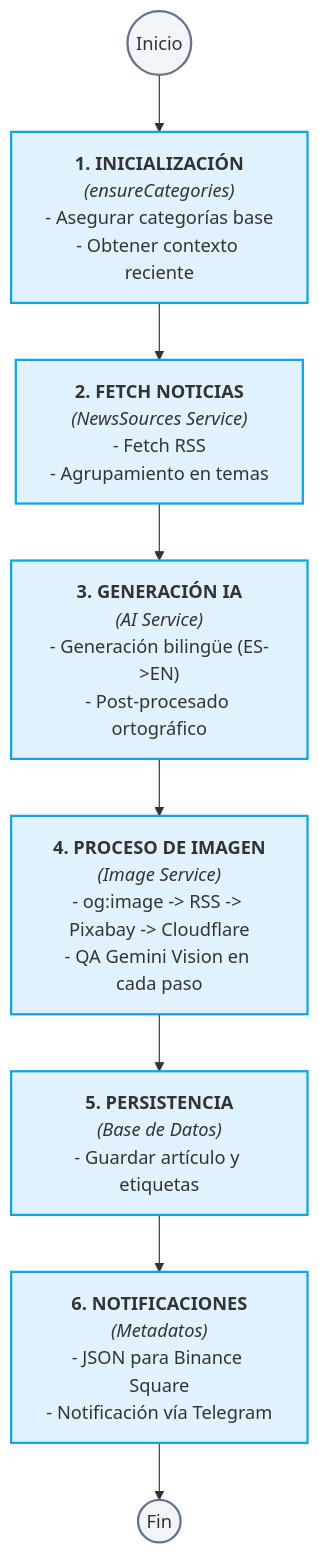
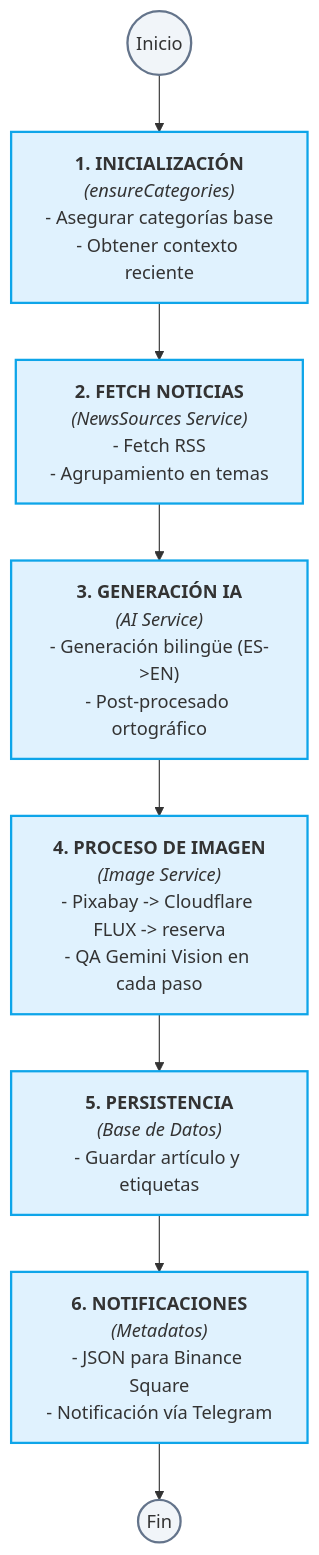
Before and after one commit to CarlosEmerito/EmeDotEme: the first of 2 diagrams in docs/04 - Flujos de Trabajo.md, drawn with Mermaid. The commit also changed other lines of this file and 31 other files, not shown here.

````diff
--- a/docs/04 - Flujos de Trabajo.md
+++ b/docs/04 - Flujos de Trabajo.md
@@ -20,22 +20,22 @@
 ```mermaid
 graph TD
     classDef init fill:#f1f5f9,stroke:#64748b,stroke-width:2px;
     classDef step fill:#e0f2fe,stroke:#0ea5e9,stroke-width:2px;
     classDef alert fill:#fef3c7,stroke:#f59e0b,stroke-width:2px;
 
     Start((Inicio)):::init --> Step1
     
     Step1["<b>1. INICIALIZACIÓN</b><br/><i>(ensureCategories)</i><br/>- Asegurar categorías base<br/>- Obtener contexto reciente"]:::step --> Step2
     
     Step2["<b>2. FETCH NOTICIAS</b><br/><i>(NewsSources Service)</i><br/>- Fetch RSS<br/>- Agrupamiento en temas"]:::step --> Step3
     
     Step3["<b>3. GENERACIÓN IA</b><br/><i>(AI Service)</i><br/>- Generación bilingüe (ES->EN)<br/>- Post-procesado ortográfico"]:::step --> Step4
     
-    Step4["<b>4. PROCESO DE IMAGEN</b><br/><i>(Image Service)</i><br/>- og:image -> RSS -> Pixabay -> Cloudflare<br/>- QA Gemini Vision en cada paso"]:::step --> Step5
+    Step4["<b>4. PROCESO DE IMAGEN</b><br/><i>(Image Service)</i><br/>- Pixabay -> Cloudflare FLUX -> reserva<br/>- QA Gemini Vision en cada paso"]:::step --> Step5
     
     Step5["<b>5. PERSISTENCIA</b><br/><i>(Base de Datos)</i><br/>- Guardar artículo y etiquetas"]:::step --> Step6
     
     Step6["<b>6. NOTIFICACIONES</b><br/><i>(Metadatos)</i><br/>- JSON para Binance Square<br/>- Notificación vía Telegram"]:::step
     
     Step6 --> End((Fin)):::init
 ```
````
